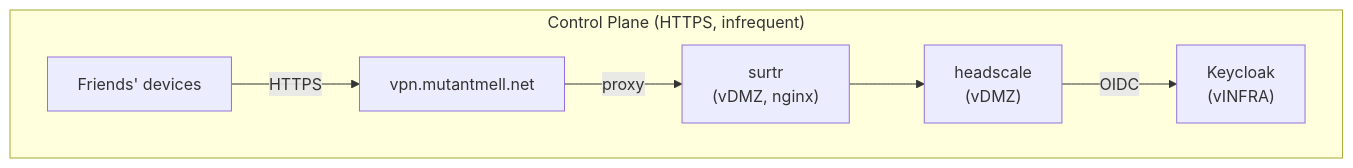
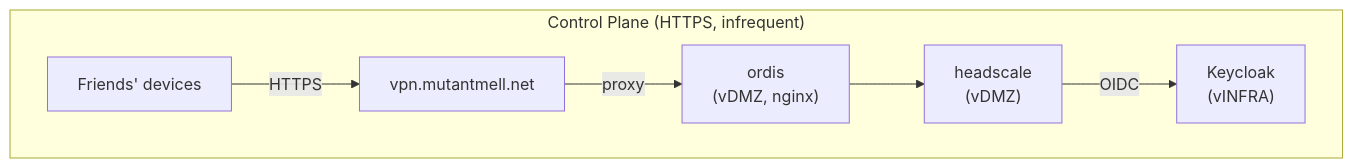
One commit to mutantmell/dotfiles changed the second of 3 diagrams in llm-notes/headscale-integration-plan.md. Above: the diagram before and after it, drawn with Mermaid. The commit also changed other lines of this file and 7 other files, not shown here.

````diff
--- a/llm-notes/headscale-integration-plan.md
+++ b/llm-notes/headscale-integration-plan.md
@@ -67,10 +67,10 @@
 ```mermaid
 flowchart LR
     subgraph control["Control Plane (HTTPS, infrequent)"]
         direction LR
         FC["Friends' devices"] -->|HTTPS| VPN["vpn.mutantmell.net"]
-        VPN -->|proxy| Surtr["surtr\n(vDMZ, nginx)"]
-        Surtr --> HS["headscale\n(vDMZ)"]
+        VPN -->|proxy| Ordis["ordis\n(vDMZ, nginx)"]
+        Ordis --> HS["headscale\n(vDMZ)"]
         HS -->|OIDC| KC["Keycloak\n(vINFRA)"]
     end
 ```
````
